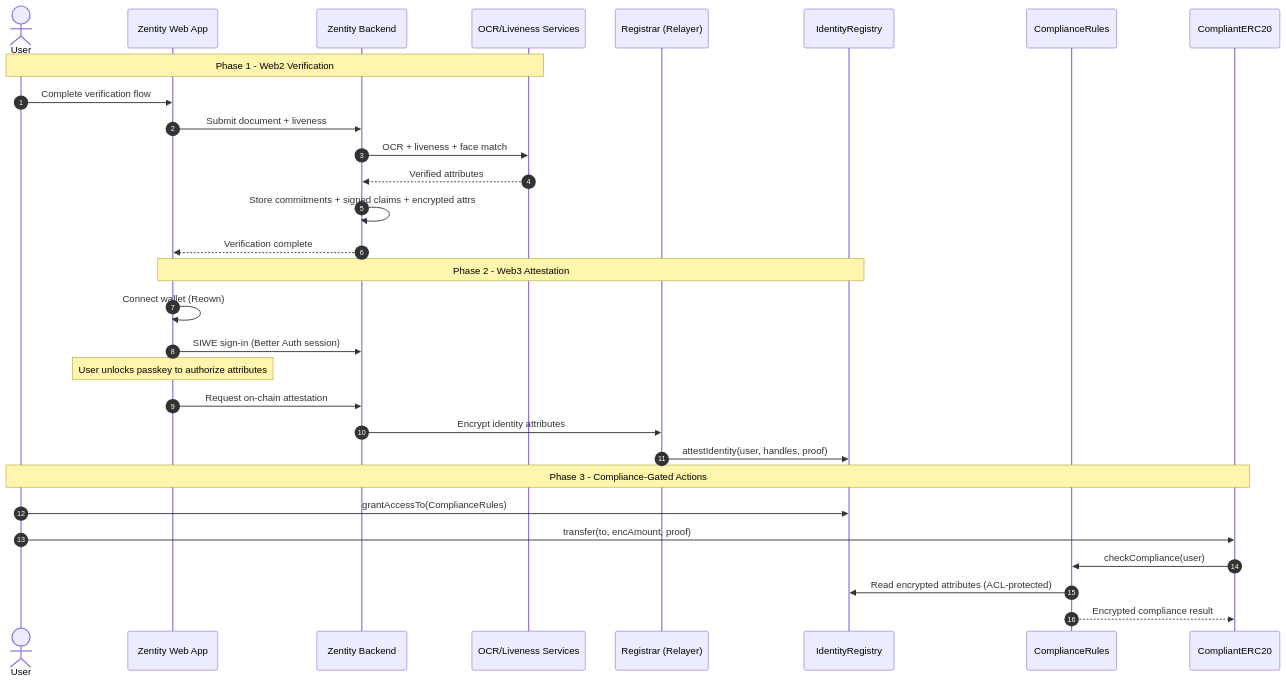
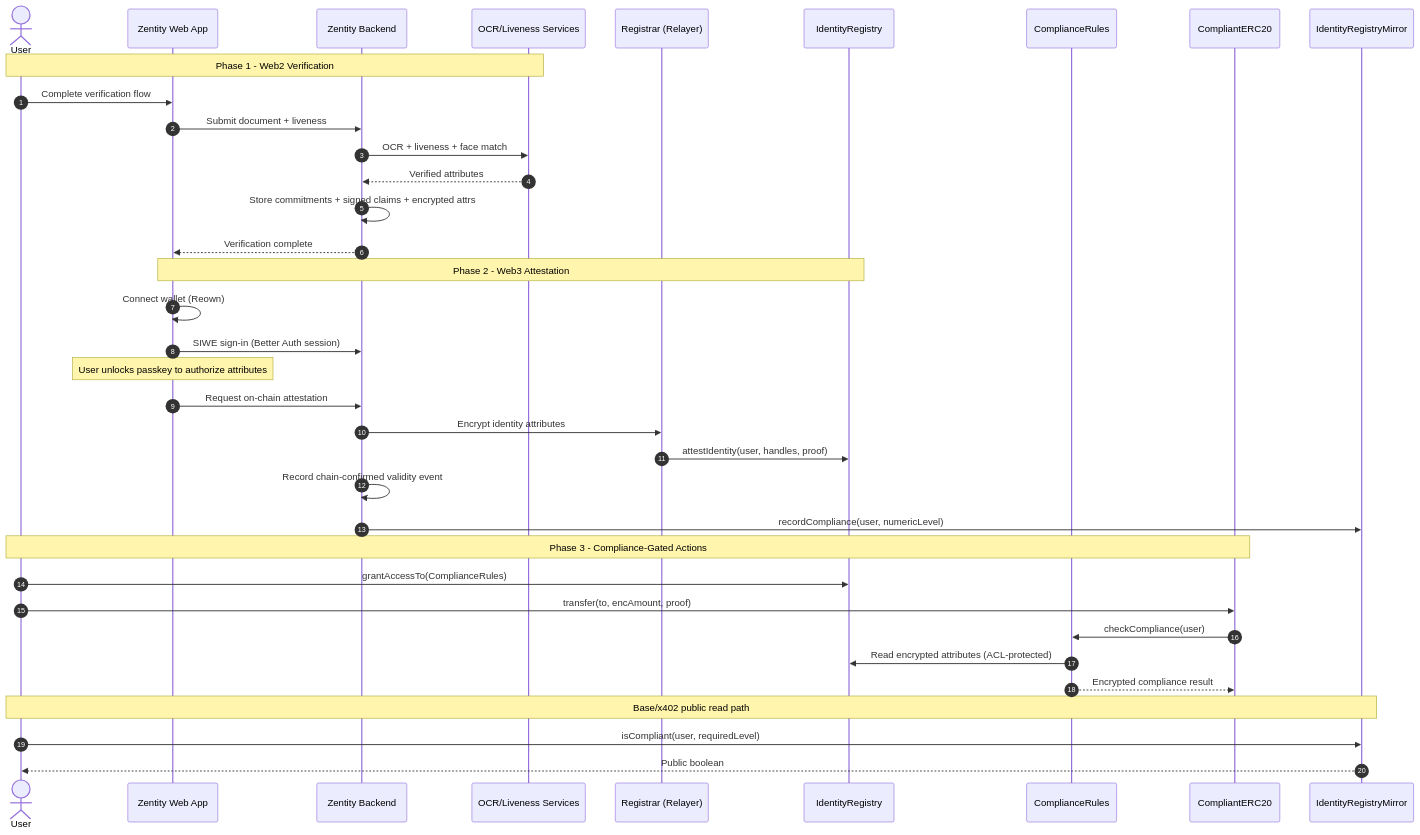
The first of 9 diagrams in docs/(architecture)/web3-architecture.md (gustavovalverde/zentity), drawn with Mermaid before and after one commit. The commit also changed other lines of this file and 82 other files, not shown here.

Commit message:
feat: add Base compliance mirror for x402 payments (#161)

````diff
--- a/docs/(architecture)/web3-architecture.md
+++ b/docs/(architecture)/web3-architecture.md
@@ -64,35 +68,42 @@
 ```mermaid
 sequenceDiagram
   autonumber
   actor User
   participant UI as Zentity Web App
   participant BE as Zentity Backend
   participant Verifier as OCR/Liveness Services
   participant Registrar as Registrar (Relayer)
   participant IR as IdentityRegistry
   participant CR as ComplianceRules
   participant ERC as CompliantERC20
+  participant Mirror as IdentityRegistryMirror
 
   Note over User,Verifier: Phase 1 - Web2 Verification
   User->>UI: Complete verification flow
   UI->>BE: Submit document + liveness
   BE->>Verifier: OCR + liveness + face match
   Verifier-->>BE: Verified attributes
   BE->>BE: Store commitments + signed claims + encrypted attrs
   BE-->>UI: Verification complete
 
   Note over UI,IR: Phase 2 - Web3 Attestation
   UI->>UI: Connect wallet (Reown)
   UI->>BE: SIWE sign-in (Better Auth session)
   Note over UI: User unlocks passkey to authorize attributes
   UI->>BE: Request on-chain attestation
   BE->>Registrar: Encrypt identity attributes
   Registrar->>IR: attestIdentity(user, handles, proof)
+  BE->>BE: Record chain-confirmed validity event
+  BE->>Mirror: recordCompliance(user, numericLevel)
 
   Note over User,ERC: Phase 3 - Compliance-Gated Actions
   User->>IR: grantAccessTo(ComplianceRules)
   User->>ERC: transfer(to, encAmount, proof)
   ERC->>CR: checkCompliance(user)
   CR->>IR: Read encrypted attributes (ACL-protected)
   CR-->>ERC: Encrypted compliance result
+
+  Note over User,Mirror: Base/x402 public read path
+  User->>Mirror: isCompliant(user, requiredLevel)
+  Mirror-->>User: Public boolean
 ```
````
